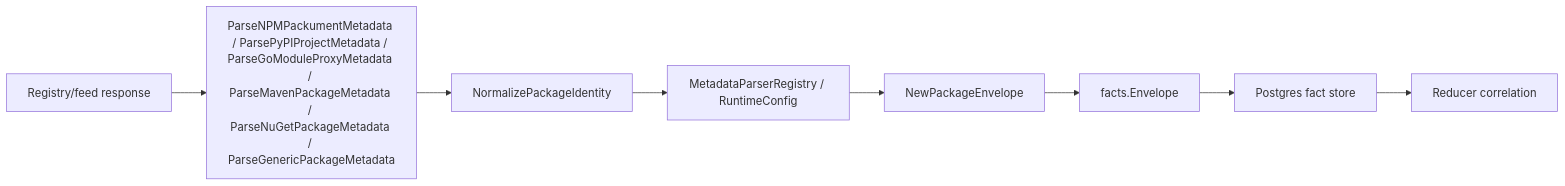
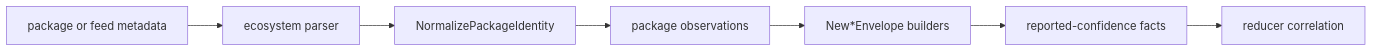
Before and after one commit to eshu-hq/eshu: the diagram in go/internal/collector/packageregistry/README.md, drawn with Mermaid. The commit also changed other lines of this file and 584 other files, not shown here.

Commit message:
Rework documentation information architecture

````diff
--- a/go/internal/collector/packageregistry/README.md
+++ b/go/internal/collector/packageregistry/README.md
@@ -29,10 +14,9 @@
 ```mermaid
 flowchart LR
-  A["Registry/feed response"] --> B["ParseNPMPackumentMetadata / ParsePyPIProjectMetadata / ParseGoModuleProxyMetadata / ParseMavenPackageMetadata / ParseNuGetPackageMetadata / ParseGenericPackageMetadata"]
-  B --> C["NormalizePackageIdentity"]
-  C --> D["MetadataParserRegistry / RuntimeConfig"]
-  D --> E["NewPackageEnvelope"]
-  E --> F["facts.Envelope"]
-  F --> G["Postgres fact store"]
-  G --> H["Reducer correlation"]
+  Metadata["package or feed metadata"] --> Parser["ecosystem parser"]
+  Parser --> Normalize["NormalizePackageIdentity"]
+  Normalize --> Observations["package observations"]
+  Observations --> Envelopes["New*Envelope builders"]
+  Envelopes --> Facts["reported-confidence facts"]
+  Facts --> Reducer["reducer correlation"]
 ```
````
